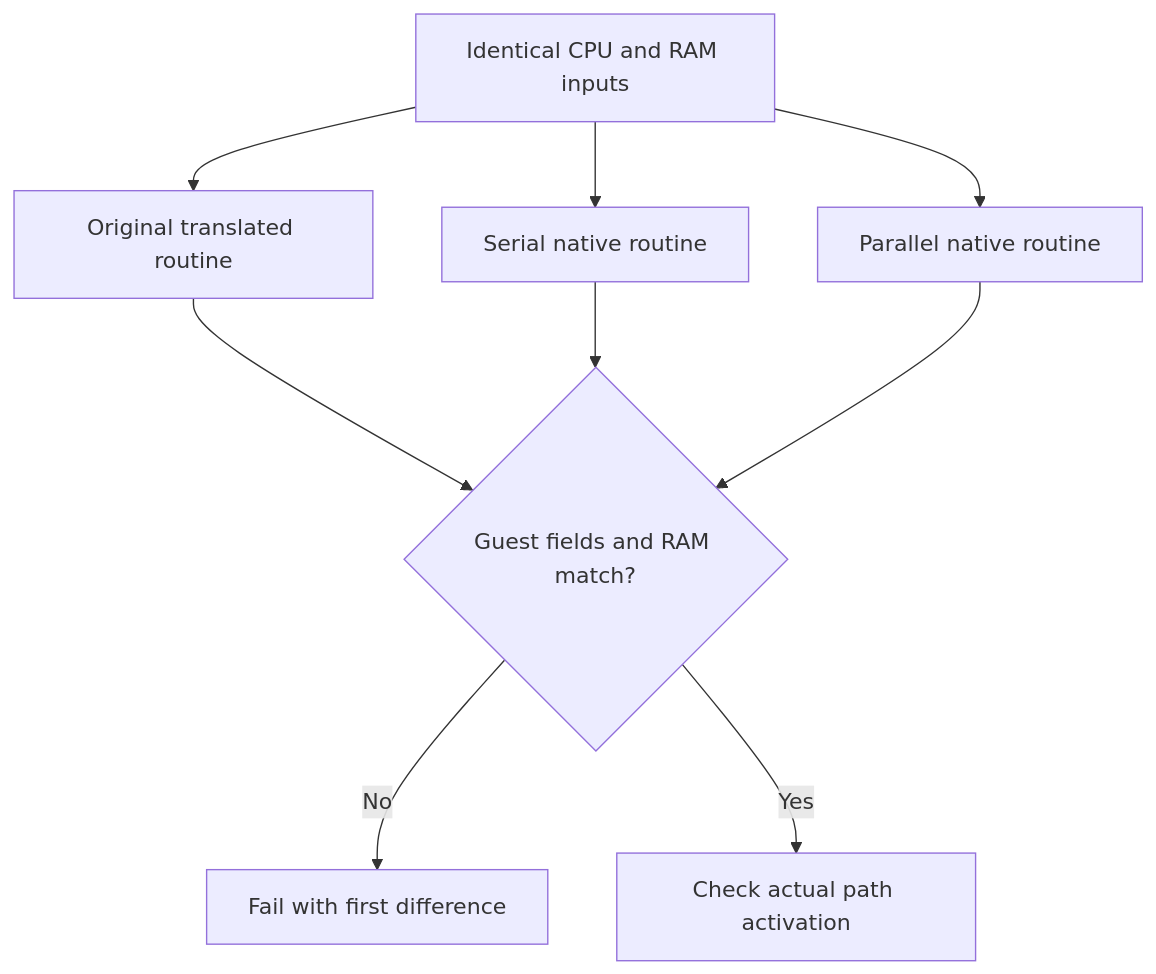
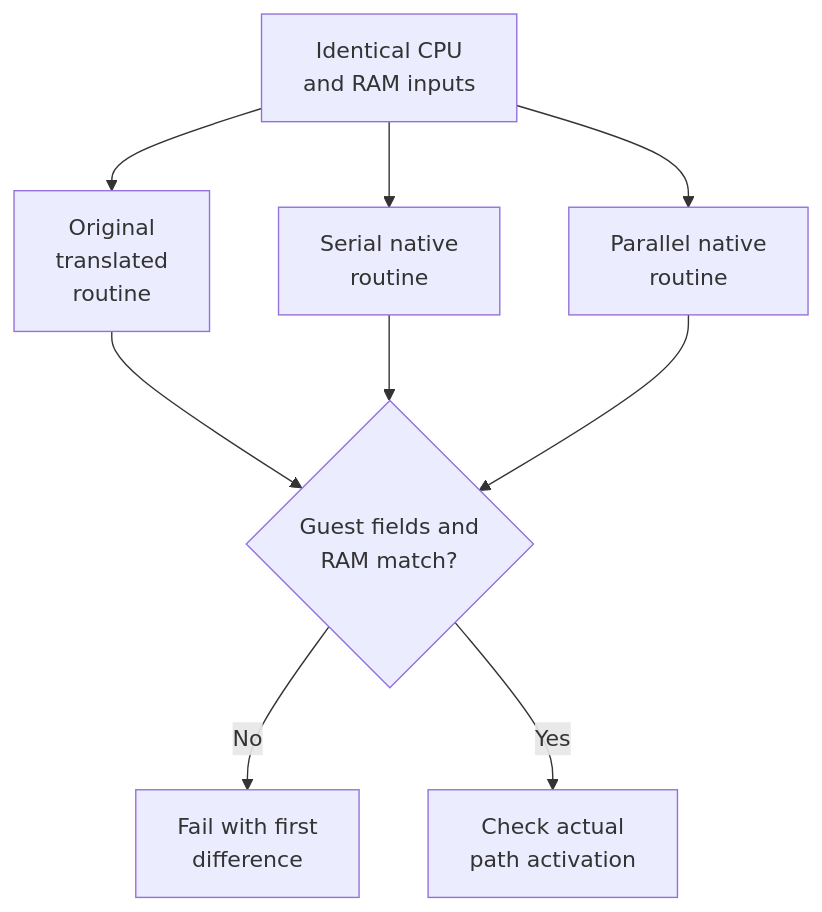
Before and after one commit to irregularthanis/bluewake: the second of 2 diagrams in docs/planning/2026-10-18-gamethread-integtests/TECH_PLAN.md, drawn with Mermaid. The commit also changed other lines of this file, not shown here.

Commit message:
Wrap game-thread planning diagrams

````diff
--- a/docs/planning/2026-10-18-gamethread-integtests/TECH_PLAN.md
+++ b/docs/planning/2026-10-18-gamethread-integtests/TECH_PLAN.md
@@ -95,11 +95,11 @@
 ```mermaid
 flowchart TD
-    I["Identical CPU and RAM inputs"] --> O["Original translated routine"]
-    I --> S["Serial native routine"]
-    I --> P["Parallel native routine"]
-    O --> D{"Guest fields and RAM match?"}
+    I["Identical CPU<br>and RAM inputs"] --> O["Original<br>translated<br>routine"]
+    I --> S["Serial native<br>routine"]
+    I --> P["Parallel native<br>routine"]
+    O --> D{"Guest fields and<br>RAM match?"}
     S --> D
     P --> D
-    D -->|No| F["Fail with first difference"]
-    D -->|Yes| A["Check actual path activation"]
+    D -->|No| F["Fail with first<br>difference"]
+    D -->|Yes| A["Check actual<br>path activation"]
 ```
````
